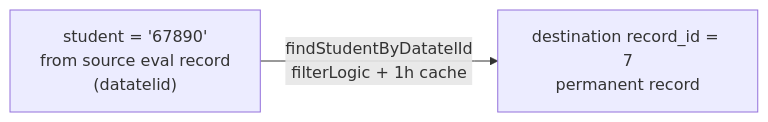
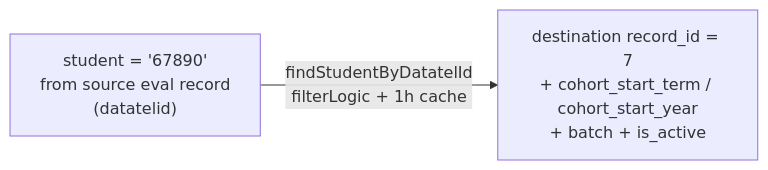
Before and after one commit to com-atg/OMM-SE: the fourth of 4 diagrams in Docs/redcap-integration.md, drawn with Mermaid. The commit also changed other lines of this file and 69 other files, not shown here.

Commit message:
Major refactor based on batch and active status

````diff
--- a/Docs/redcap-integration.md
+++ b/Docs/redcap-integration.md
@@ -171,4 +188,4 @@
 ```mermaid
 flowchart LR
-    A["student = '67890'\nfrom source eval record\n(datatelid)"] -->|findStudentByDatatelId\nfilterLogic + 1h cache| B["destination record_id = 7\npermanent record"]
+    A["student = '67890'\nfrom source eval record\n(datatelid)"] -->|findStudentByDatatelId\nfilterLogic + 1h cache| B["destination record_id = 7\n+ cohort_start_term / cohort_start_year\n+ batch + is_active"]
 ```
````
